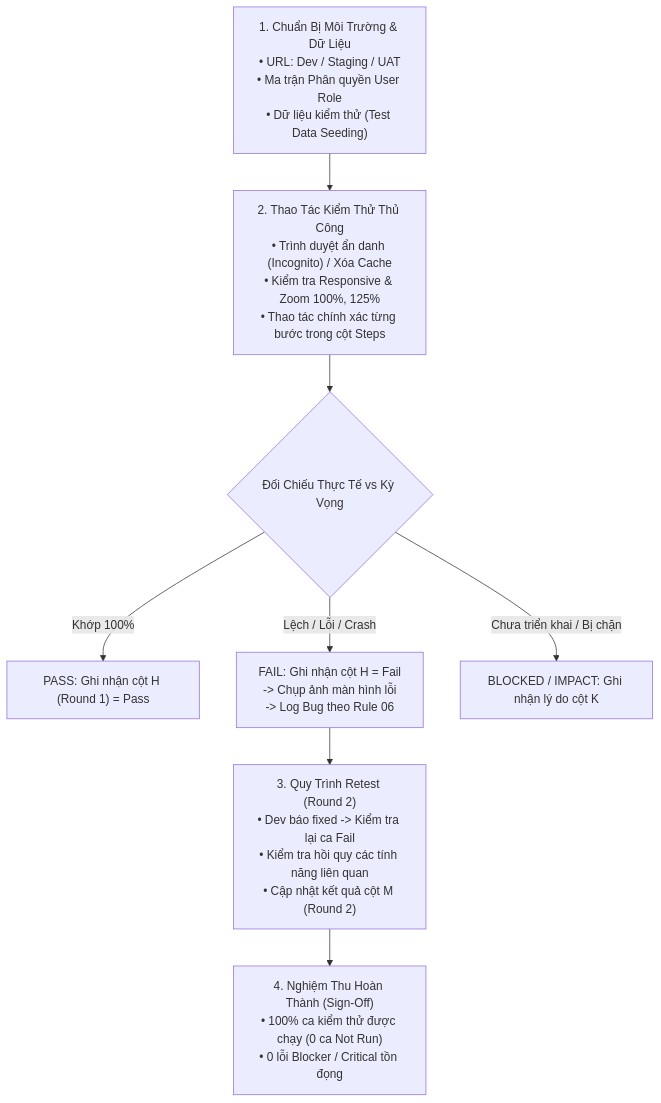
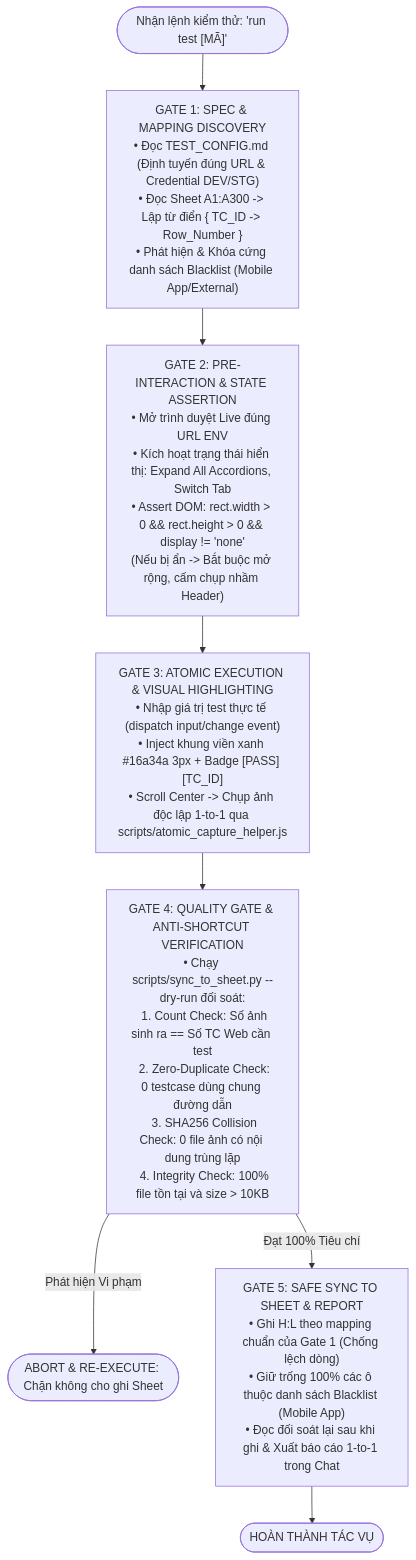
One commit to leo1133/SurrealDoll changed the diagram in Universal_Rules/04_manual_test_execution_rule.md. Above: the diagram before and after it, drawn with Mermaid. The commit also changed other lines of this file and 16 other files, not shown here.

````diff
--- a/Universal_Rules/04_manual_test_execution_rule.md
+++ b/Universal_Rules/04_manual_test_execution_rule.md
@@ -12,16 +24,15 @@
 ```mermaid
 flowchart TD
-    Prep["1. Chuẩn Bị Môi Trường & Dữ Liệu<br>• URL: Dev / Staging / UAT<br>• Ma trận Phân quyền User Role<br>• Dữ liệu kiểm thử (Test Data Seeding)"]
-    
-    Prep --> Exec["2. Thao Tác Kiểm Thử Thủ Công<br>• Trình duyệt ẩn danh (Incognito) / Xóa Cache<br>• Kiểm tra Responsive & Zoom 100%, 125%<br>• Thao tác chính xác từng bước trong cột Steps"]
-    
-    Exec --> Verify{"Đối Chiếu Thực Tế vs Kỳ Vọng"}
-    
-    Verify -- "Khớp 100%" --> Pass["PASS: Ghi nhận cột H (Round 1) = Pass"]
-    Verify -- "Lệch / Lỗi / Crash" --> Fail["FAIL: Ghi nhận cột H = Fail<br>-> Chụp ảnh màn hình lỗi<br>-> Log Bug theo Rule 06"]
-    Verify -- "Chưa triển khai / Bị chặn" --> Block["BLOCKED / IMPACT: Ghi nhận lý do cột K"]
-    
-    Fail --> Retest["3. Quy Trình Retest (Round 2)<br>• Dev báo fixed -> Kiểm tra lại ca Fail<br>• Kiểm tra hồi quy các tính năng liên quan<br>• Cập nhật kết quả cột M (Round 2)"]
-    
-    Retest --> Signoff["4. Nghiệm Thu Hoàn Thành (Sign-Off)<br>• 100% ca kiểm thử được chạy (0 ca Not Run)<br>• 0 lỗi Blocker / Critical tồn đọng"]
+    Start(["Nhận lệnh kiểm thử: 'run test [MÃ]'"]) --> Gate1["GATE 1: SPEC & MAPPING DISCOVERY<br>• Đọc TEST_CONFIG.md (Định tuyến đúng URL & Credential DEV/STG)<br>• Đọc Sheet A1:A300 -> Lập từ điển { TC_ID -> Row_Number }<br>• Phát hiện & Khóa cứng danh sách Blacklist (Mobile App/External)"]
+
+    Gate1 --> Gate2["GATE 2: PRE-INTERACTION & STATE ASSERTION<br>• Mở trình duyệt Live đúng URL ENV<br>• Kích hoạt trạng thái hiển thị: Expand All Accordions, Switch Tab<br>• Assert DOM: rect.width > 0 && rect.height > 0 && display != 'none'<br>(Nếu bị ẩn -> Bắt buộc mở rộng, cấm chụp nhầm Header)"]
+
+    Gate2 --> Gate3["GATE 3: ATOMIC EXECUTION & VISUAL HIGHLIGHTING<br>• Nhập giá trị test thực tế (dispatch input/change event)<br>• Inject khung viền xanh #16a34a 3px + Badge [PASS] [TC_ID]<br>• Scroll Center -> Chụp ảnh độc lập 1-to-1 qua scripts/atomic_capture_helper.js"]
+
+    Gate3 --> Gate4["GATE 4: QUALITY GATE & ANTI-SHORTCUT VERIFICATION<br>• Chạy scripts/sync_to_sheet.py --dry-run đối soát:<br>  1. Count Check: Số ảnh sinh ra == Số TC Web cần test<br>  2. Zero-Duplicate Check: 0 testcase dùng chung đường dẫn<br>  3. SHA256 Collision Check: 0 file ảnh có nội dung trùng lặp<br>  4. Integrity Check: 100% file tồn tại và size > 10KB"]
+
+    Gate4 -- "Phát hiện Vi phạm" --> Abort(["ABORT & RE-EXECUTE: Chặn không cho ghi Sheet"])
+    Gate4 -- "Đạt 100% Tiêu chí" --> Gate5["GATE 5: SAFE SYNC TO SHEET & REPORT<br>• Ghi H:L theo mapping chuẩn của Gate 1 (Chống lệch dòng)<br>• Giữ trống 100% các ô thuộc danh sách Blacklist (Mobile App)<br>• Đọc đối soát lại sau khi ghi & Xuất báo cáo 1-to-1 trong Chat"]
+
+    Gate5 --> Done(["HOÀN THÀNH TÁC VỤ"])
 ```
````
